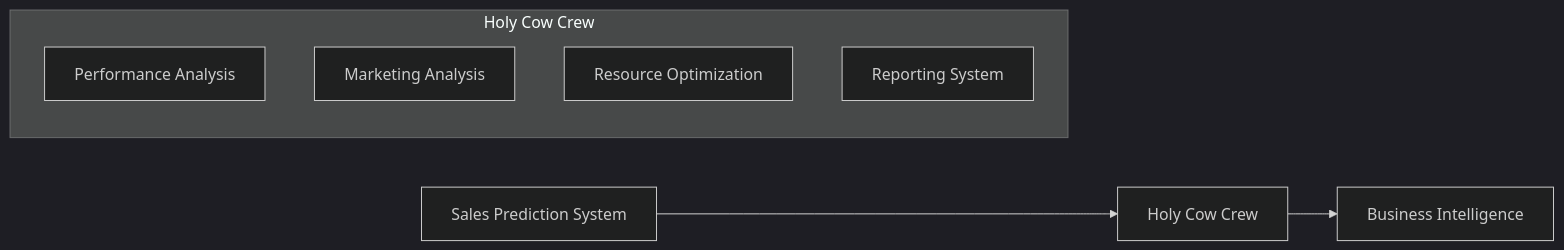
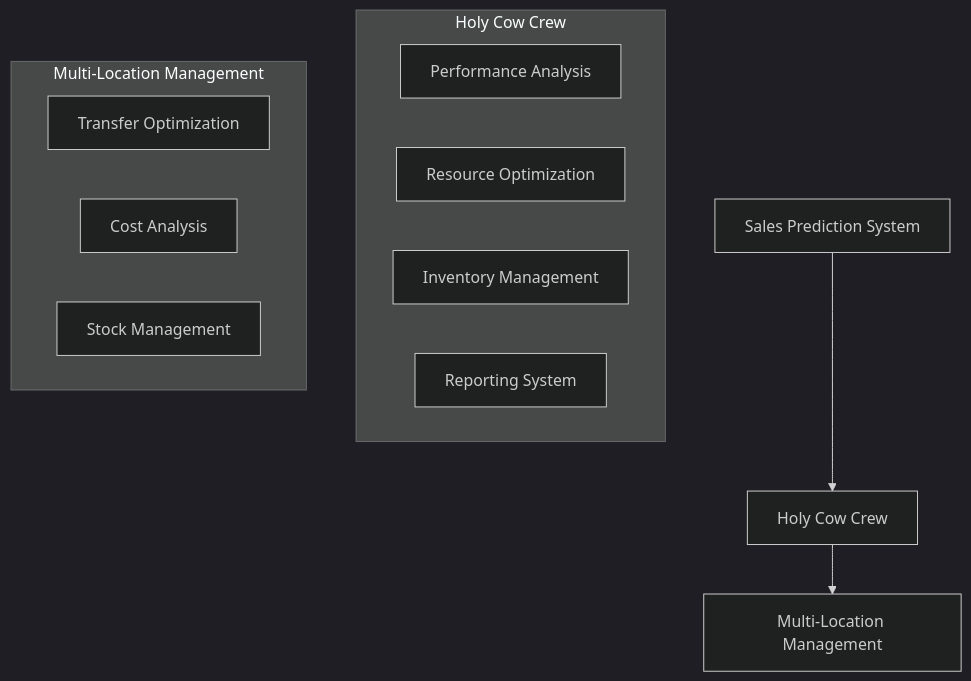
One commit to Yasmani-Cascante/holy-cow-crew changed the diagram in docs/TECHNICAL_SUMMARY.md. Above: the diagram before and after it, drawn with Mermaid (dark theme). The commit also changed other lines of this file, not shown here.

Commit message:
refactor technical summary to reflect system optimization enhancements and update core components status

````diff
--- a/docs/TECHNICAL_SUMMARY.md
+++ b/docs/TECHNICAL_SUMMARY.md
@@ -53,12 +170,18 @@
 ```mermaid
-graph LR
+graph TB
     A[Sales Prediction System] --> B[Holy Cow Crew]
-    B --> C[Business Intelligence]
+    B --> C[Multi-Location Management]
     
     subgraph Holy Cow Crew
         D[Performance Analysis]
-        E[Marketing Analysis]
-        F[Resource Optimization]
+        E[Resource Optimization]
+        F[Inventory Management]
         G[Reporting System]
     end
+    
+    subgraph Multi-Location Management
+        H[Transfer Optimization]
+        I[Cost Analysis]
+        J[Stock Management]
+    end
 ```
````
